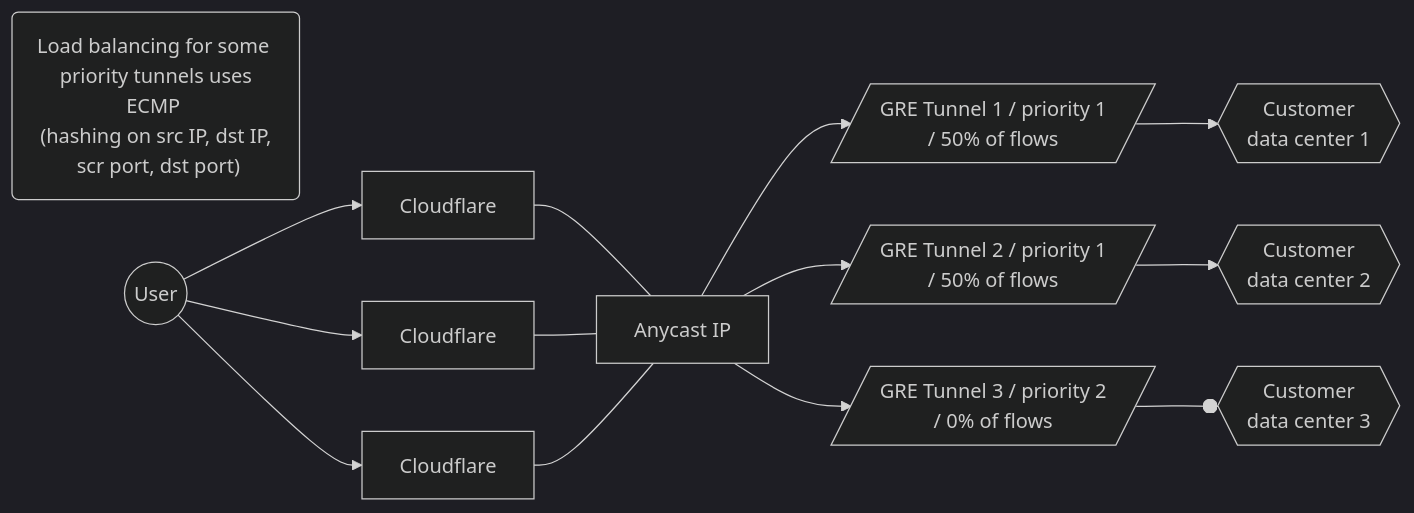
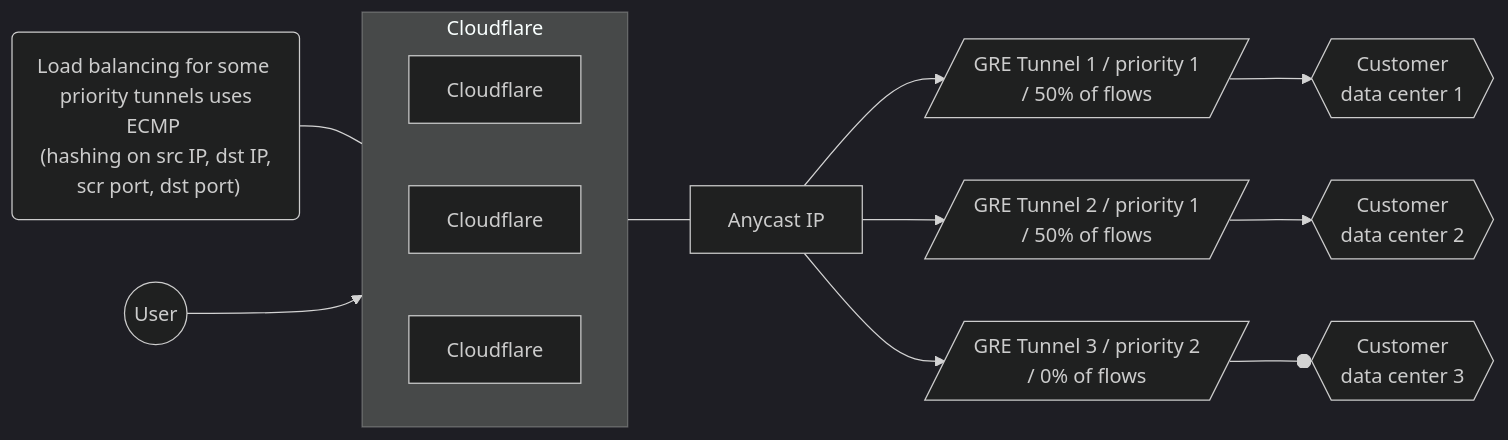
One commit to cloudflare/cloudflare-docs changed the second of 4 diagrams in content/magic-transit/reference/traffic-steering.md. Above: the diagram before and after it, drawn with Mermaid (dark theme). The commit also changed other lines of this file, not shown here.

Commit message:
corrected graphics

````diff
--- a/content/magic-transit/reference/traffic-steering.md
+++ b/content/magic-transit/reference/traffic-steering.md
@@ -50,10 +58,18 @@
 ```mermaid
 flowchart LR
 accTitle: Tunnels diagram
 accDescr: This example has three tunnel routes, with traffic equally distributed across two paths.
-D("Load balancing for some <br> priority tunnels uses ECMP <br> (hashing on src IP, dst IP, <br> scr port, dst port)")
-A((User)) --> B[Cloudflare] & x[Cloudflare] & z[Cloudflare] --- C[Anycast IP]
-C[Anycast IP] --> E[/GRE Tunnel 1 / priority 1 <br> / 50% of flows/] --> H{{Customer <br> data center 1}}
-C[Anycast IP] --> F[/GRE Tunnel 2 / priority 1 <br> / 50% of flows/] --> I{{Customer <br> data center 2}}
-C[Anycast IP] --> G[/GRE Tunnel 3 / priority 2 <br> / 0% of flows/] --o J{{Customer <br> data center 3}}
+
+subgraph Cloudflare
+direction LR
+B[Cloudflare]
+C[Cloudflare]
+D[Cloudflare]
+end
+
+Z("Load balancing for some <br> priority tunnels uses ECMP <br> (hashing on src IP, dst IP, <br> scr port, dst port)") --- Cloudflare
+A((User)) --> Cloudflare --- E[Anycast IP]
+E[Anycast IP] --> F[/GRE Tunnel 1 / priority 1 <br> / 50% of flows/] --> I{{Customer <br> data center 1}}
+E[Anycast IP] --> G[/GRE Tunnel 2 / priority 1 <br> / 50% of flows/] --> J{{Customer <br> data center 2}}
+E[Anycast IP] --> H[/GRE Tunnel 3 / priority 2 <br> / 0% of flows/] --o K{{Customer <br> data center 3}}
 ```
````
